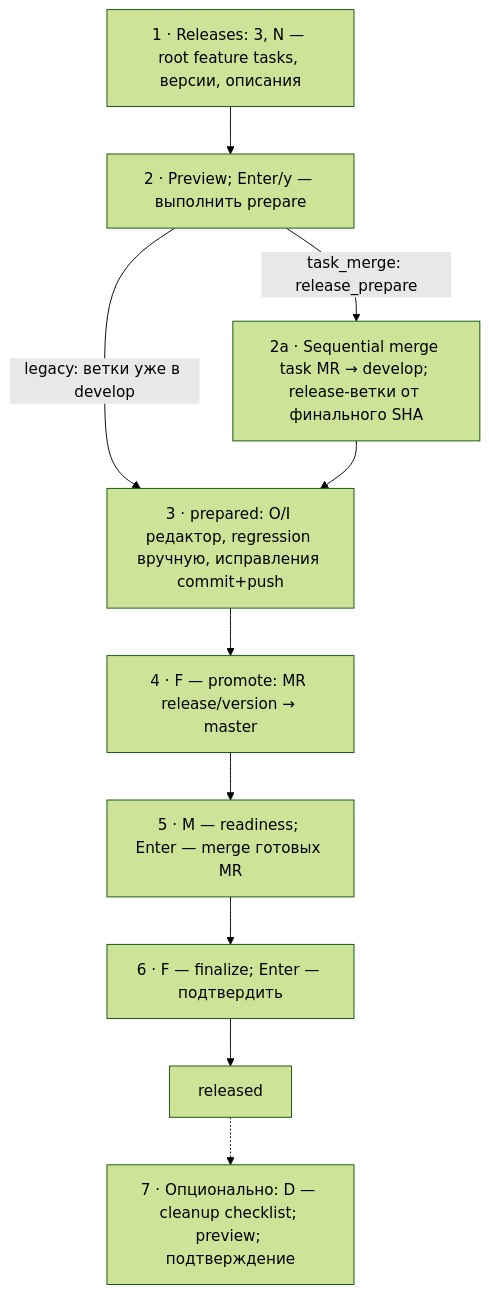
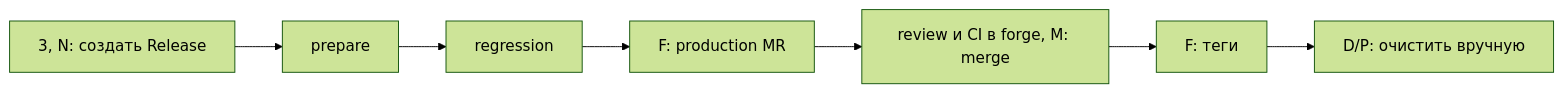
One commit to D1ssolve/wtui changed the second of 3 diagrams in docs/workflows.md. Above: the diagram before and after it, drawn with Mermaid (forest theme). The commit also changed other lines of this file and 181 other files, not shown here.

````diff
--- a/docs/workflows.md
+++ b/docs/workflows.md
@@ -37,12 +44,9 @@
 ```mermaid
-flowchart TD
-    R1["1 · Releases: 3, N — root feature tasks, версии, описания"] --> R2["2 · Preview; Enter/y — выполнить prepare"]
-    R2 -->|"legacy: ветки уже в develop"| R3["3 · prepared: O/I редактор, regression вручную, исправления commit+push"]
-    R2 -->|"task_merge: release_prepare"| R2M["2a · Sequential merge task MR → develop; release-ветки от финального SHA"]
-    R2M --> R3
-    R3 --> R4["4 · F — promote: MR release/version → master"]
-    R4 --> R5["5 · M — readiness; Enter — merge готовых MR"]
-    R5 --> R6["6 · F — finalize; Enter — подтвердить"]
-    R6 --> R7["released"]
-    R7 -.-> R8["7 · Опционально: D — cleanup checklist; preview; подтверждение"]
+flowchart LR
+    A["3, N: создать Release"] --> B["prepare"]
+    B --> C["regression"]
+    C --> D["F: production MR"]
+    D --> E["review и CI в forge, M: merge"]
+    E --> F["F: теги"]
+    F --> G["D/P: очистить вручную"]
 ```
````
